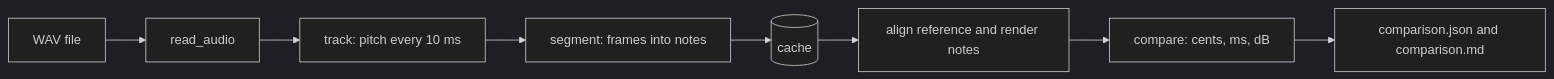
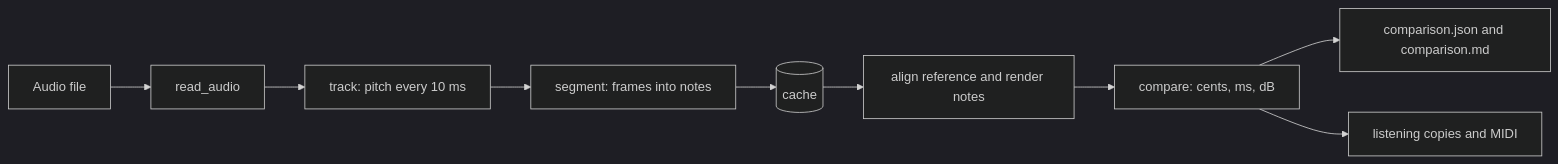
The diagram in docs/how-it-works.md (AndyW98/music-ai), drawn with Mermaid (dark theme) before and after one commit. The commit also changed other lines of this file and 15 other files, not shown here.

````diff
--- a/docs/how-it-works.md
+++ b/docs/how-it-works.md
@@ -6,10 +6,11 @@
 ```mermaid
 flowchart LR
-  A[WAV file] --> B[read_audio]
+  A[Audio file] --> B[read_audio]
   B --> C[track: pitch every 10 ms]
   C --> D[segment: frames into notes]
   D --> E[(cache)]
   E --> F[align reference and render notes]
   F --> G[compare: cents, ms, dB]
   G --> H[comparison.json and comparison.md]
+  G --> I[listening copies and MIDI]
 ```
````
